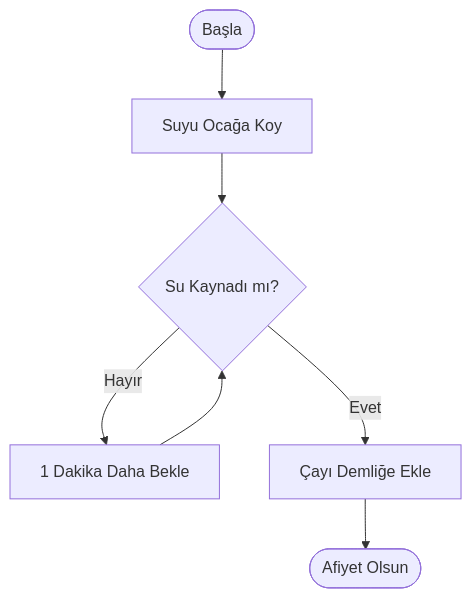
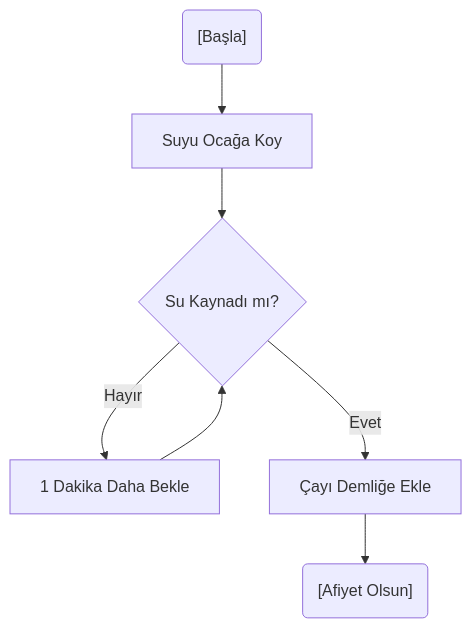
The diagram in giris/02-algoritma-nedir.md (ilkerturan/ilkerturan.github.io), drawn with Mermaid before and after one commit. The commit also changed 3 other files, not shown here.

Commit message:
fix: comprehensively quote all mermaid texts containing spaces or special characters

````diff
--- a/giris/02-algoritma-nedir.md
+++ b/giris/02-algoritma-nedir.md
@@ -30,11 +30,11 @@
 ```mermaid
 graph TD
-    Start([Başla]) --> S1[Suyu Ocağa Koy]
+    Start("[Başla]") --> S1["Suyu Ocağa Koy"]
     S1 --> S2{Su Kaynadı mı?}
     
-    S2 -->|Hayır| S3[1 Dakika Daha Bekle]
+    S2 -->|"Hayır"| S3["1 Dakika Daha Bekle"]
     S3 --> S2
     
-    S2 -->|Evet| S4[Çayı Demliğe Ekle]
-    S4 --> End([Afiyet Olsun])
+    S2 -->|"Evet"| S4["Çayı Demliğe Ekle"]
+    S4 --> End("[Afiyet Olsun]")
 ```
````
